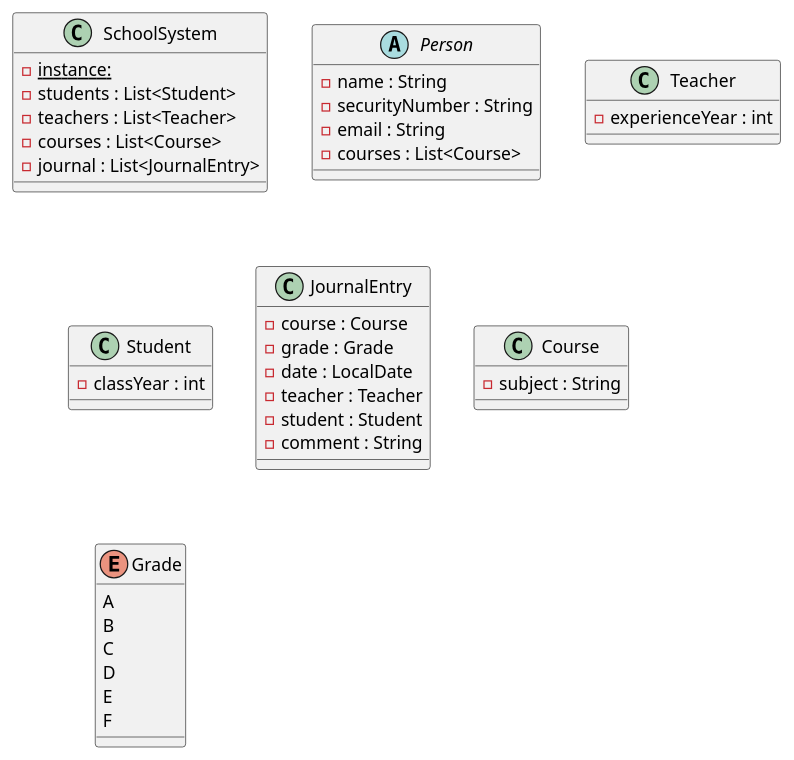
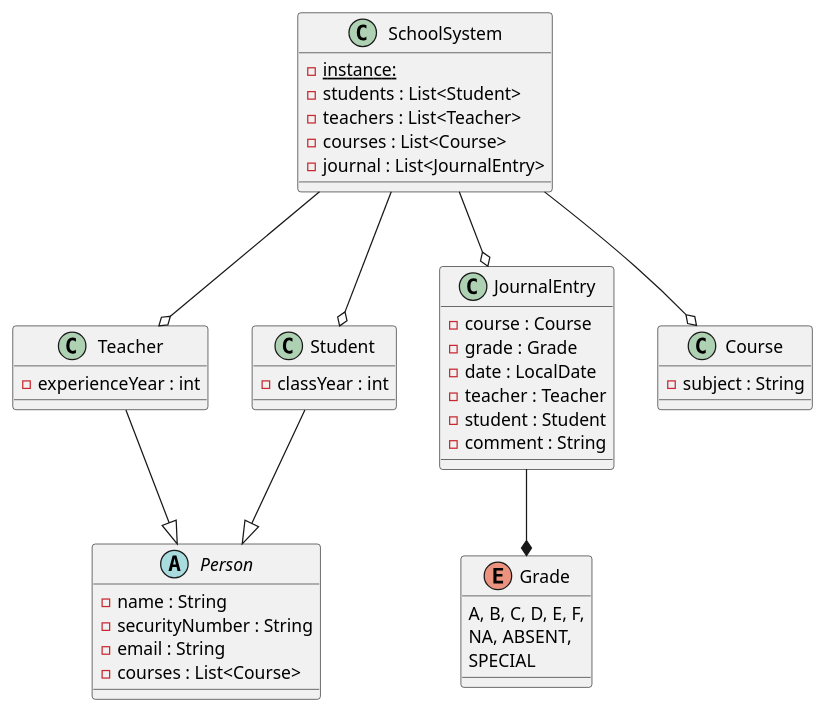
Before and after one commit to Basta-Gruppen-Java-2025-kurs/Skolhanteringssystem: the diagram in class_diagram.puml, drawn with PlantUML.

Commit message:
+ More grades in UML

```diff
--- a/class_diagram.puml
+++ b/class_diagram.puml
@@ -1,49 +1,52 @@
 @startuml
 class SchoolSystem {
 {static} -instance:
 - students : List<Student>
 - teachers : List<Teacher>
 - courses : List<Course>
 - journal : List<JournalEntry>
 }
 
 abstract class Person {
 - name : String
 - securityNumber : String
 - email : String
 - courses : List<Course>
 }
 
 class Teacher {
 - experienceYear : int
 }
 
 class Student {
 - classYear : int
 }
 
 class JournalEntry {
 - course : Course
 - grade : Grade
 - date : LocalDate
 - teacher : Teacher
 - student : Student
 - comment : String
 }
 
 class Course {
 - subject : String
 }
 
 enum Grade {
- A
- B
- C
- D
- E
- F
+ A, B, C, D, E, F,
+ NA, ABSENT,
+ SPECIAL
 }
 
-
+Teacher --|> Person
+Student --|> Person
+SchoolSystem --o Course
+SchoolSystem --o Teacher
+SchoolSystem --o JournalEntry
+SchoolSystem --o Student
+JournalEntry --* Grade
 
 @enduml
```
